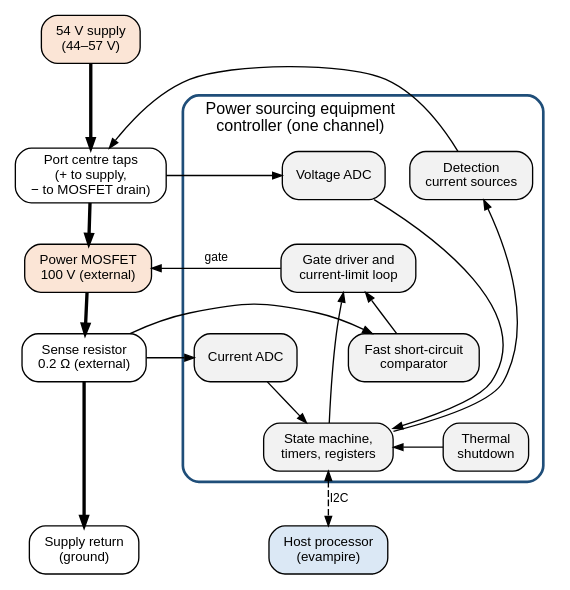
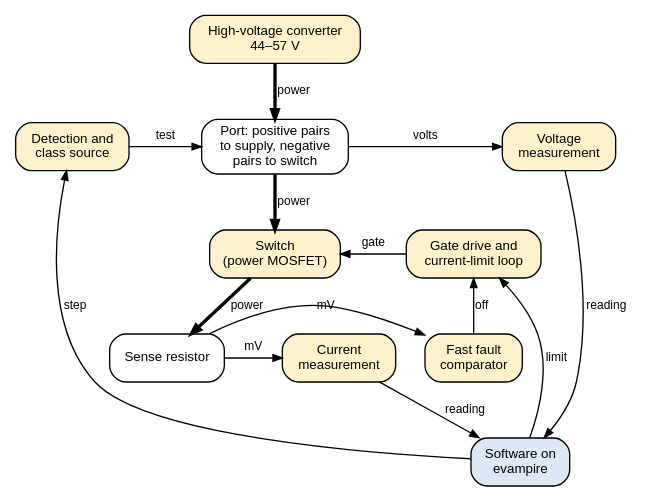
Before and after one commit to mithro/evampire: the diagram in docs/power/poe/pse-controller.dot, drawn with Graphviz. The commit also changed 6 other files, not shown here.

Commit message:
Label every edge of the PoE diagrams and use the Type 2 example in the timeline

```diff
--- a/docs/power/poe/pse-controller.dot
+++ b/docs/power/poe/pse-controller.dot
@@ -1,59 +1,46 @@
-// One channel of a power sourcing equipment controller (low-side switch
-// arrangement, as in the TI TPS2388x family). Bold arrows: power path.
-// Thin arrows: measurement and control. Dashed arrows: host interface.
+// One channel of power sourcing equipment with its sequence run by
+// evampire's software (low-side switch arrangement). Every edge carries a
+// text label; bold edges carry power, thin edges carry measurements and
+// control.
+//
+// Fill colours: power circuits #fff2cc, evampire #dbe8f5, external parts
+// and connectors #ffffff.
 //
 // SPDX-License-Identifier: Apache-2.0
 
-digraph pse_controller {
-    graph [rankdir=TB, fontname="Helvetica", fontsize=12, nodesep=0.25,
-           ranksep=0.4, newrank=true];
+digraph pse_channel {
+    graph [rankdir=TB, fontname="Helvetica", fontsize=12, nodesep=0.3,
+           ranksep=0.45, newrank=true];
     node  [shape=box, style="rounded,filled", fillcolor="#f2f2f2",
            fontname="Helvetica", fontsize=10];
     edge  [fontname="Helvetica", fontsize=9, arrowsize=0.7];
 
-    // External power path.
-    vpwr [label="54 V supply\n(44–57 V)", fillcolor="#fbe5d6"];
-    port [label="Port centre taps\n(+ to supply,\n− to MOSFET drain)", fillcolor="#ffffff"];
-    fet  [label="Power MOSFET\n100 V (external)", fillcolor="#fbe5d6"];
-    rsns [label="Sense resistor\n0.2 Ω (external)", fillcolor="#ffffff"];
-    gnd  [label="Supply return\n(ground)", fillcolor="#ffffff"];
-    host [label="Host processor\n(evampire)", fillcolor="#dbe8f5"];
+    vpwr [label="High-voltage converter\n44–57 V", fillcolor="#fff2cc"];
+    port [label="Port: positive pairs\nto supply, negative\npairs to switch", fillcolor="#ffffff"];
+    det  [label="Detection and\nclass source", fillcolor="#fff2cc"];
+    vmeas [label="Voltage\nmeasurement", fillcolor="#fff2cc"];
+    fet  [label="Switch\n(power MOSFET)", fillcolor="#fff2cc"];
+    gate [label="Gate drive and\ncurrent-limit loop", fillcolor="#fff2cc"];
+    rsns [label="Sense resistor", fillcolor="#ffffff"];
+    imeas [label="Current\nmeasurement", fillcolor="#fff2cc"];
+    fast [label="Fast fault\ncomparator", fillcolor="#fff2cc"];
+    sw   [label="Software on\nevampire", fillcolor="#dbe8f5"];
 
-    subgraph cluster_ic {
-        label="Power sourcing equipment\ncontroller (one channel)";
-        labelloc="t"; labeljust="l"; style="rounded,bold"; color="#1f4e79";
+    { rank=same; port; det; vmeas; }
+    { rank=same; fet; gate; }
+    { rank=same; rsns; imeas; fast; }
 
-        det   [label="Detection\ncurrent sources"];
-        vadc  [label="Voltage ADC"];
-        logic [label="State machine,\ntimers, registers"];
-        temp  [label="Thermal\nshutdown"];
-        gate  [label="Gate driver and\ncurrent-limit loop"];
-        iadc  [label="Current ADC"];
-        fast  [label="Fast short-circuit\ncomparator"];
-    }
-
-    { rank=same; vpwr; }
-    { rank=same; port; det; vadc; }
-    { rank=same; logic; temp; }
-    { rank=same; fet; gate; }
-    { rank=same; rsns; iadc; fast; }
-    { rank=same; gnd; host; }
-
-    vpwr -> port [penwidth=2.5];
-    port -> fet  [penwidth=2.5];
-    fet  -> rsns [penwidth=2.5];
-    rsns -> gnd  [penwidth=2.5];
-
-    det   -> port;
-    port  -> vadc [constraint=false];
-    vadc  -> logic;
-    det   -> logic [dir=back];
-    temp  -> logic [constraint=false];
-    logic -> gate;
-    gate  -> fet  [constraint=false, label="gate"];
-    rsns  -> iadc [constraint=false];
-    rsns  -> fast [constraint=false];
-    iadc  -> logic;
-    fast  -> gate;
-    logic -> host [style=dashed, dir=both, label="I2C"];
+    vpwr -> port  [penwidth=2.5, label="power"];
+    port -> fet   [penwidth=2.5, label="power"];
+    fet  -> rsns  [penwidth=2.5, label="power"];
+    det  -> port  [label="test"];
+    port -> vmeas [label="volts"];
+    gate -> fet   [label="gate"];
+    rsns -> imeas [label="mV"];
+    rsns -> fast  [label="mV"];
+    fast -> gate  [label="off"];
+    vmeas -> sw   [label="reading"];
+    imeas -> sw   [label="reading"];
+    sw   -> det   [label="step"];
+    sw   -> gate  [label="limit"];
 }
```
